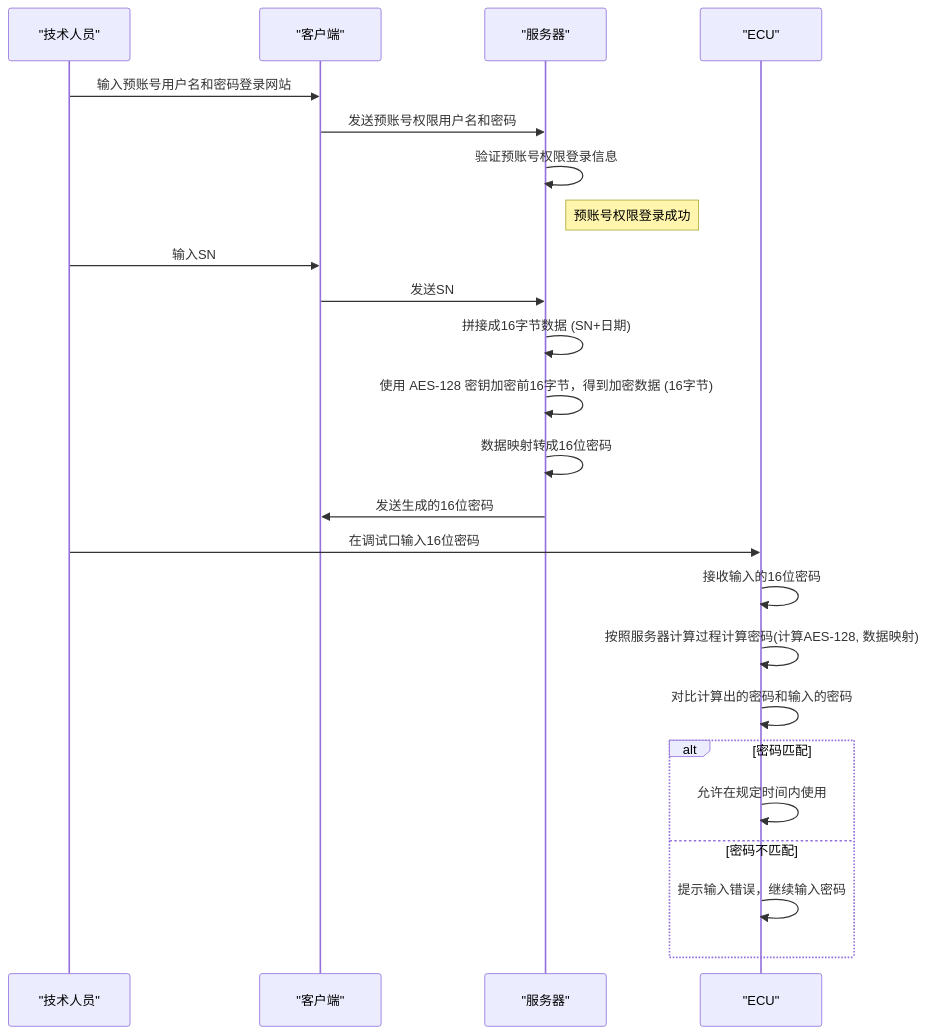
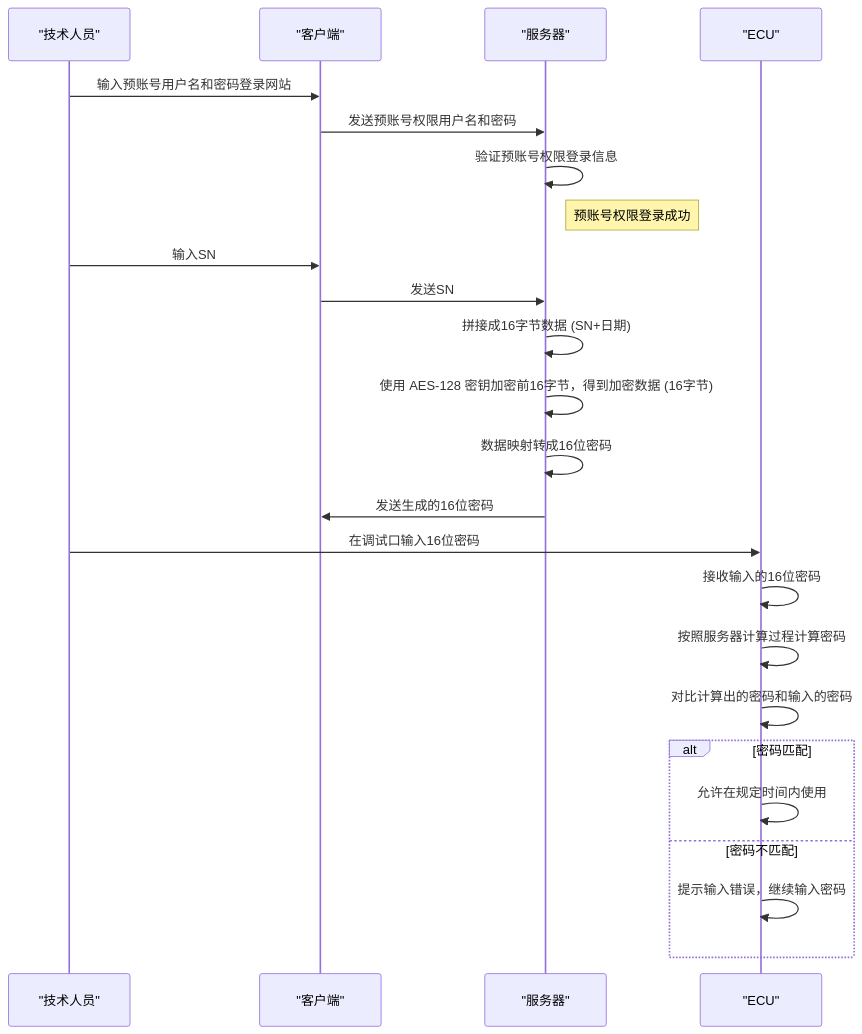
The diagram in all/未命名-12.md (facebook-cloud/iodraw-files), drawn with Mermaid before and after one commit.

Commit message:
2026-01-14 15:51:23 update

````diff
--- a/all/未命名-12.md
+++ b/all/未命名-12.md
@@ -1,36 +1,35 @@
 ```mermaid
 sequenceDiagram
     participant Technician as "技术人员"
     participant Client as "客户端"
     participant Server as "服务器"
     participant ECU as "ECU"
 
     Technician->>Client: 输入预账号用户名和密码登录网站
     Client->>Server: 发送预账号权限用户名和密码
 
     Server->>Server: 验证预账号权限登录信息
     Note right of Server: 预账号权限登录成功
 
     Technician->>Client: 输入SN
     Client->>Server: 发送SN
 
     Server->>Server: 拼接成16字节数据 (SN+日期)
     Server->>Server: 使用 AES-128 密钥加密前16字节，得到加密数据 (16字节)
-
     Server->>Server: 数据映射转成16位密码
 
     Server->>Client: 发送生成的16位密码
 
     Technician->>ECU: 在调试口输入16位密码
 
     ECU->>ECU: 接收输入的16位密码
-    ECU->>ECU: 按照服务器计算过程计算密码(计算AES-128, 数据映射)
+    ECU->>ECU: 按照服务器计算过程计算密码
 
     ECU->>ECU: 对比计算出的密码和输入的密码
     alt 密码匹配
         ECU->>ECU: 允许在规定时间内使用
     else 密码不匹配
         ECU->>ECU: 提示输入错误，继续输入密码
     end
 
 ```
````
